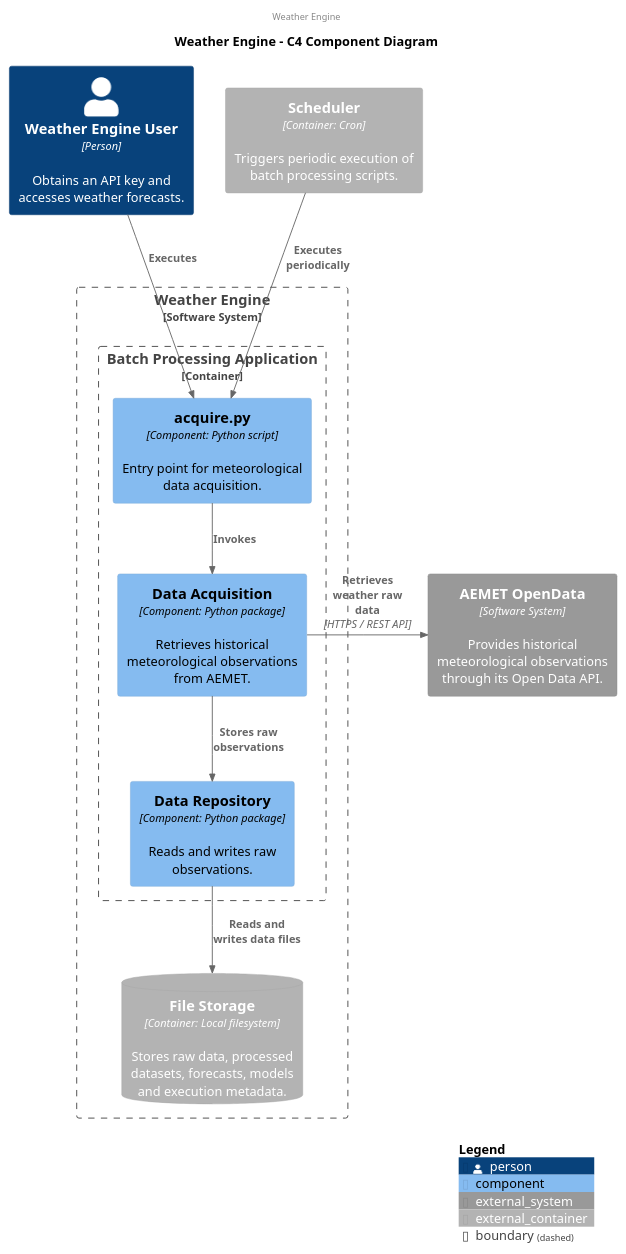
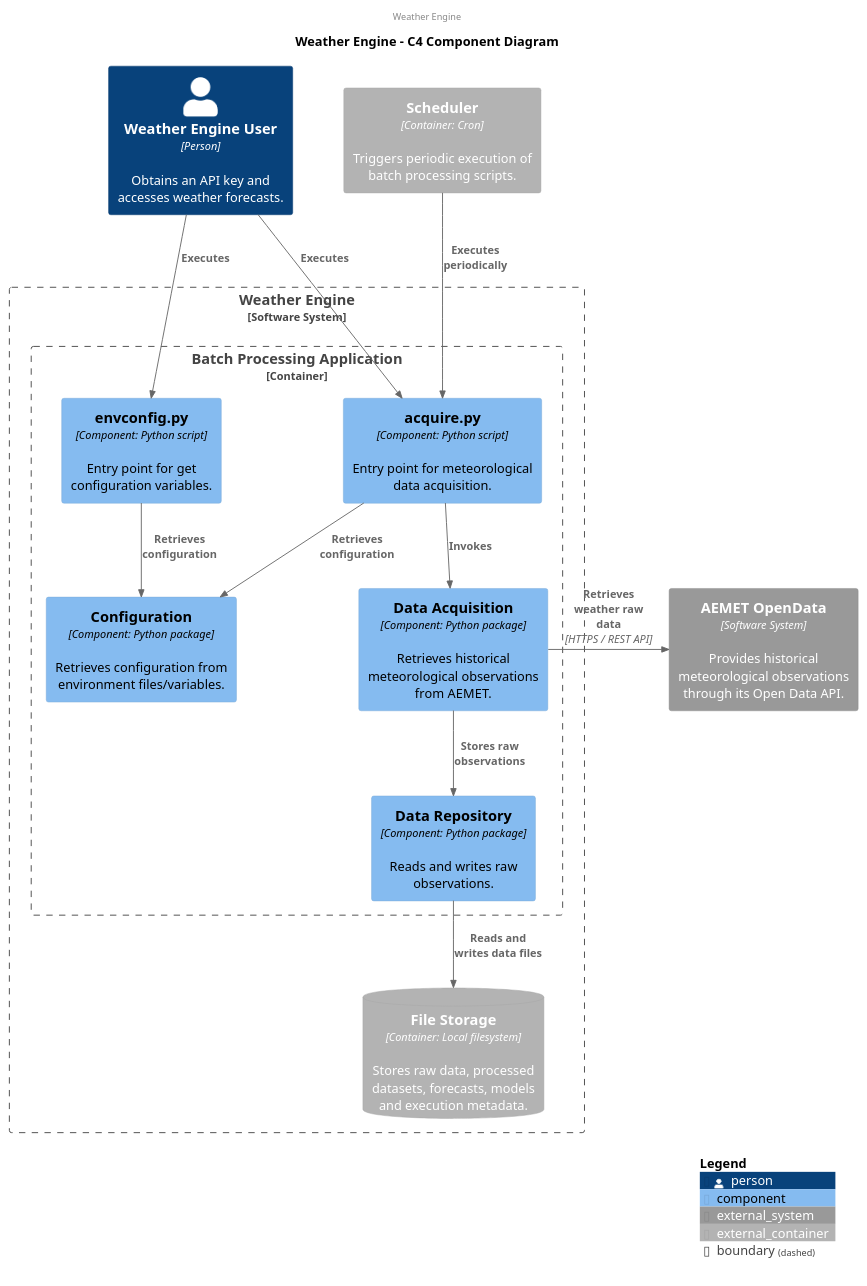
One commit to AlbertoMartinezMunoz/weather-engine changed the diagram in docs/uml/c4-component.puml. Above: the diagram before and after it, drawn with PlantUML.

Commit message:
docs[envconfig]: add configuration package to acquisition c4 component diagram

```diff
--- a/docs/uml/c4-component.puml
+++ b/docs/uml/c4-component.puml
@@ -1,48 +1,56 @@
 @startuml
 !include <C4/C4_Component>
 
 skinparam maxMessageSize 100
 
 AddRelTag("invisible", $textColor="transparent", $lineColor="transparent", $lineStyle = DashedLine())
 
 header Weather Engine
 title Weather Engine - C4 Component Diagram
 
 '----------------------------------------------------------------
 'Actors
 '----------------------------------------------------------------
 Person(user, "Weather Engine User", "Obtains an API key and accesses weather forecasts.",$type="Person")
 
 '----------------------------------------------------------------
 'Components
 '----------------------------------------------------------------
 Boundary(weatherEngine, "Weather Engine", $type="Software System") {
     Boundary(batchApp, "Batch Processing Application", $type="Container") {
         Component(acquireScript, "acquire.py", "Component: Python script", "Entry point for meteorological data acquisition.")
+        Component(configScript, "envconfig.py", "Component: Python script", "Entry point for get configuration variables.")
+
         Component(acquisition, "Data Acquisition", "Component: Python package", "Retrieves historical meteorological observations from AEMET.")
+        Component(config, "Configuration", "Component: Python package", "Retrieves configuration from environment files/variables.")
         Component(dataRepository, "Data Repository", "Component: Python package", "Reads and writes raw observations.")
     }
     ContainerDb_Ext(fileStorage, "File Storage", "Container: Local filesystem", "Stores raw data, processed datasets, forecasts, models and execution metadata.")
 }
 
 System_Ext(aemet, "AEMET OpenData", "Provides historical meteorological observations through its Open Data API.", $type="Software System")
 Container_Ext(cron, "Scheduler", "Container: Cron", "Triggers periodic execution of batch processing scripts.")
 
 '----------------------------------------------------------------
 'Relations
 '----------------------------------------------------------------
 Rel(cron, acquireScript, "Executes periodically")
 Rel(user, acquireScript, "Executes")
+Rel_D(user, configScript, "Executes")
 Rel(acquireScript, acquisition, "Invokes")
+Rel_D(acquireScript, config, "Retrieves configuration")
+Rel_D(configScript, config, "Retrieves configuration")
 Rel_R(acquisition, aemet, "Retrieves weather raw data", "HTTPS / REST API")
 Rel(acquisition, dataRepository, "Stores raw observations")
 Rel(dataRepository, fileStorage, "Reads and writes data files")
 
 '----------------------------------------------------------------
 'Layout
 '----------------------------------------------------------------
 'Rel_L(xxx, xxx, "This rel is just to compose the layout", $tags="invisible")
+Rel_L(acquisition, config, "This rel is just to compose the layout", $tags="invisible")
+Rel_L(acquireScript, configScript, "This rel is just to compose the layout", $tags="invisible")
 
 SHOW_LEGEND()
 
 @enduml
```
